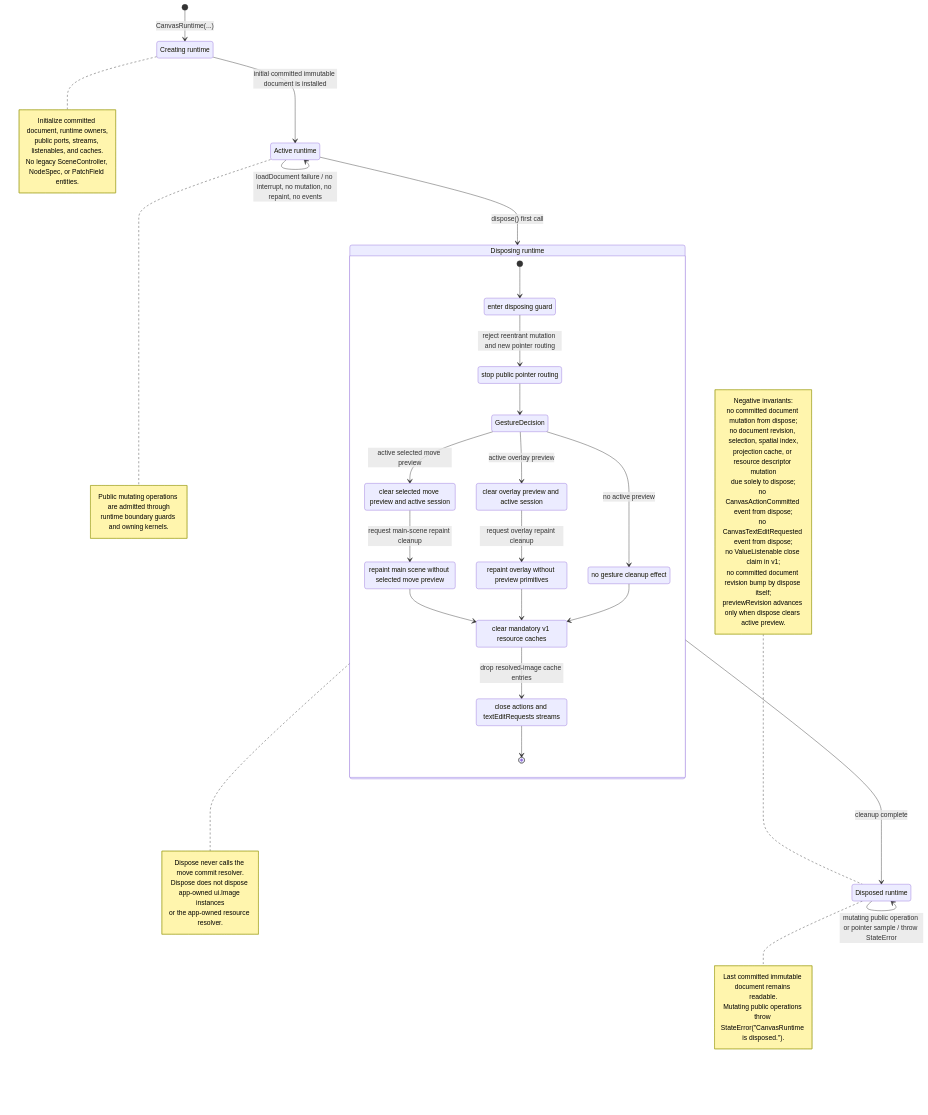
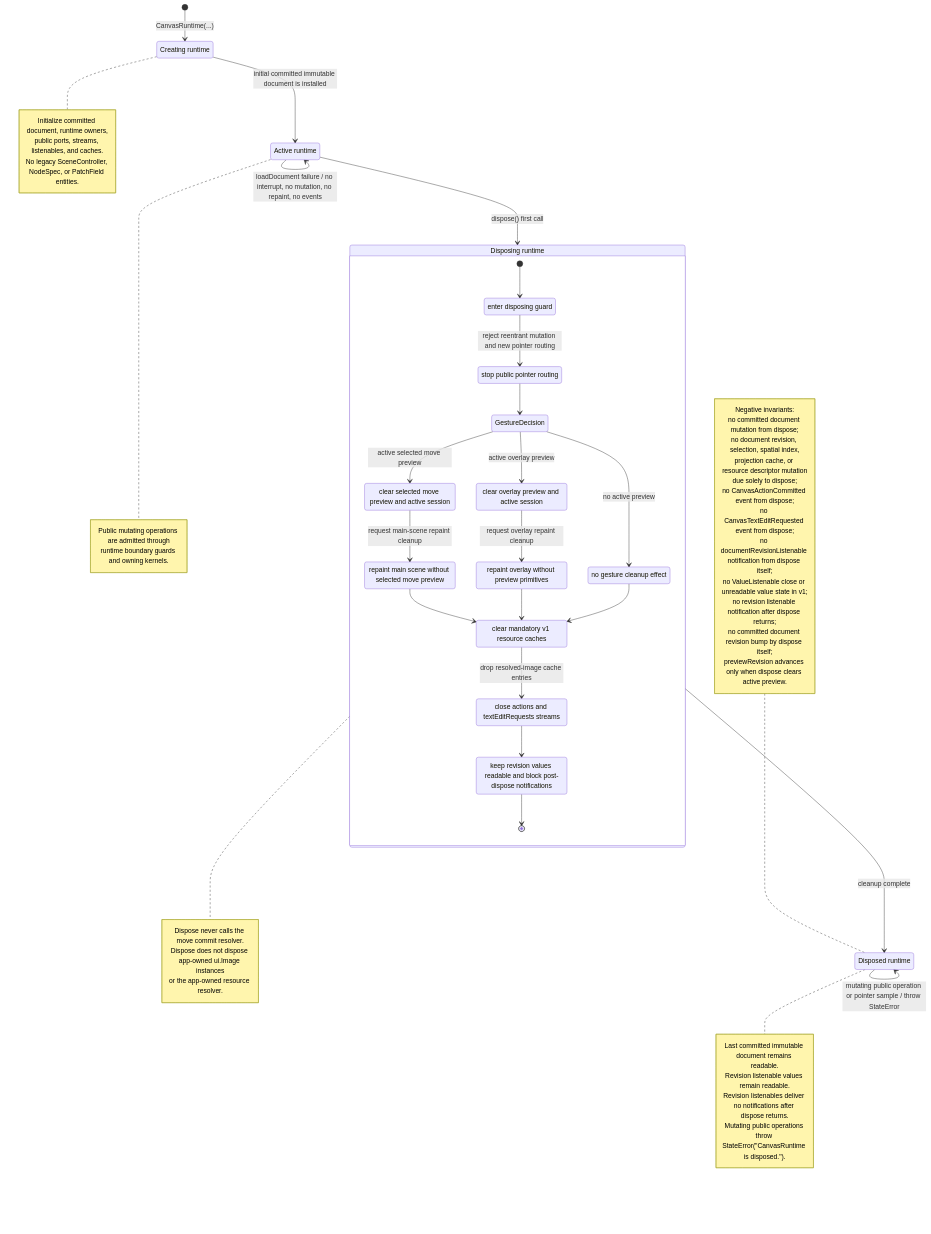
The diagram in docs/diagrams/state_runtime_lifecycle.mmd (GreatPika/iwb_canvas_engine), drawn with Mermaid before and after one commit. The commit also changed 9 other files, not shown here.

First line of the commit message:
docs: define revision listenable dispose lifecycle

```diff
--- a/docs/diagrams/state_runtime_lifecycle.mmd
+++ b/docs/diagrams/state_runtime_lifecycle.mmd
@@ -1,86 +1,92 @@
 %% CanvasRuntime lifecycle state diagram
 stateDiagram-v2
   [*] --> Creating: CanvasRuntime(...)
 
   state "Creating runtime" as Creating
   note right of Creating
     Initialize committed document, runtime owners,
     public ports, streams, listenables, and caches.
     No legacy SceneController, NodeSpec, or PatchField entities.
   end note
 
   Creating --> Active: initial committed immutable document is installed
 
   state "Active runtime" as Active
   note right of Active
     Public mutating operations are admitted through
     runtime boundary guards and owning kernels.
   end note
 
   Active --> Active: readDocument() / return current immutable document
   Active --> Active: successful edit or command / atomic commit and typed effects
   Active --> Active: loadDocument success / success-only interaction interrupt, atomic replacement, cache invalidation
   Active --> Active: loadDocument failure / no interrupt, no mutation, no repaint, no events
   Active --> Disposing: dispose() first call
 
   state "Disposing runtime" as Disposing {
     [*] --> EnterGuard
     EnterGuard: enter disposing guard
     EnterGuard --> StopRouting: reject reentrant mutation and new pointer routing
     StopRouting: stop public pointer routing
 
     StopRouting --> GestureDecision
     state GestureDecision <<choice>>
     GestureDecision --> SelectedMoveCleanup: active selected move preview
     GestureDecision --> OverlayCleanup: active overlay preview
     GestureDecision --> NoGestureCleanup: no active preview
 
     SelectedMoveCleanup: clear selected move preview and active session
     SelectedMoveCleanup --> MainCleanupRepaint: request main-scene repaint cleanup
     MainCleanupRepaint: repaint main scene without selected move preview
     MainCleanupRepaint --> ResourceCacheCleanup
 
     OverlayCleanup: clear overlay preview and active session
     OverlayCleanup --> OverlayCleanupRepaint: request overlay repaint cleanup
     OverlayCleanupRepaint: repaint overlay without preview primitives
     OverlayCleanupRepaint --> ResourceCacheCleanup
 
     NoGestureCleanup: no gesture cleanup effect
     NoGestureCleanup --> ResourceCacheCleanup
 
     ResourceCacheCleanup: clear mandatory v1 resource caches
     ResourceCacheCleanup --> CloseStreams: drop resolved-image cache entries
     CloseStreams: close actions and textEditRequests streams
-    CloseStreams --> [*]
+    CloseStreams --> FinalizeRevisionListenables
+    FinalizeRevisionListenables: keep revision values readable and block post-dispose notifications
+    FinalizeRevisionListenables --> [*]
   }
 
   note right of Disposing
     Dispose never calls the move commit resolver.
     Dispose does not dispose app-owned ui.Image instances
     or the app-owned resource resolver.
   end note
 
   Disposing --> Disposed: cleanup complete
 
   state "Disposed runtime" as Disposed
   note right of Disposed
     Last committed immutable document remains readable.
+    Revision listenable values remain readable.
+    Revision listenables deliver no notifications after dispose returns.
     Mutating public operations throw StateError("CanvasRuntime is disposed.").
   end note
 
   Disposed --> Disposed: dispose() again / return without side effects
   Disposed --> Disposed: readDocument() / return last committed immutable document
   Disposed --> Disposed: mutating public operation or pointer sample / throw StateError
 
   note left of Disposed
     Negative invariants:
     no committed document mutation from dispose;
     no document revision, selection, spatial index,
     projection cache, or resource descriptor mutation
     due solely to dispose;
     no CanvasActionCommitted event from dispose;
     no CanvasTextEditRequested event from dispose;
-    no ValueListenable close claim in v1;
+    no documentRevisionListenable notification from dispose itself;
+    no ValueListenable close or unreadable value state in v1;
+    no revision listenable notification after dispose returns;
     no committed document revision bump by dispose itself;
     previewRevision advances only when dispose clears active preview.
   end note
```
